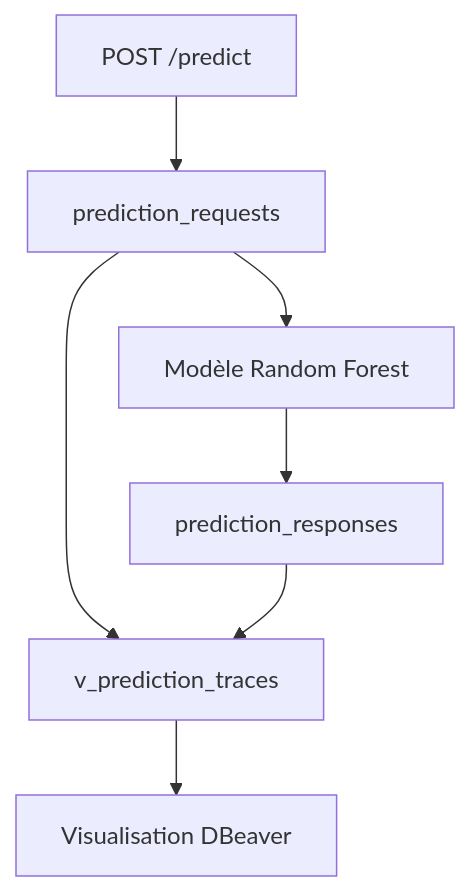
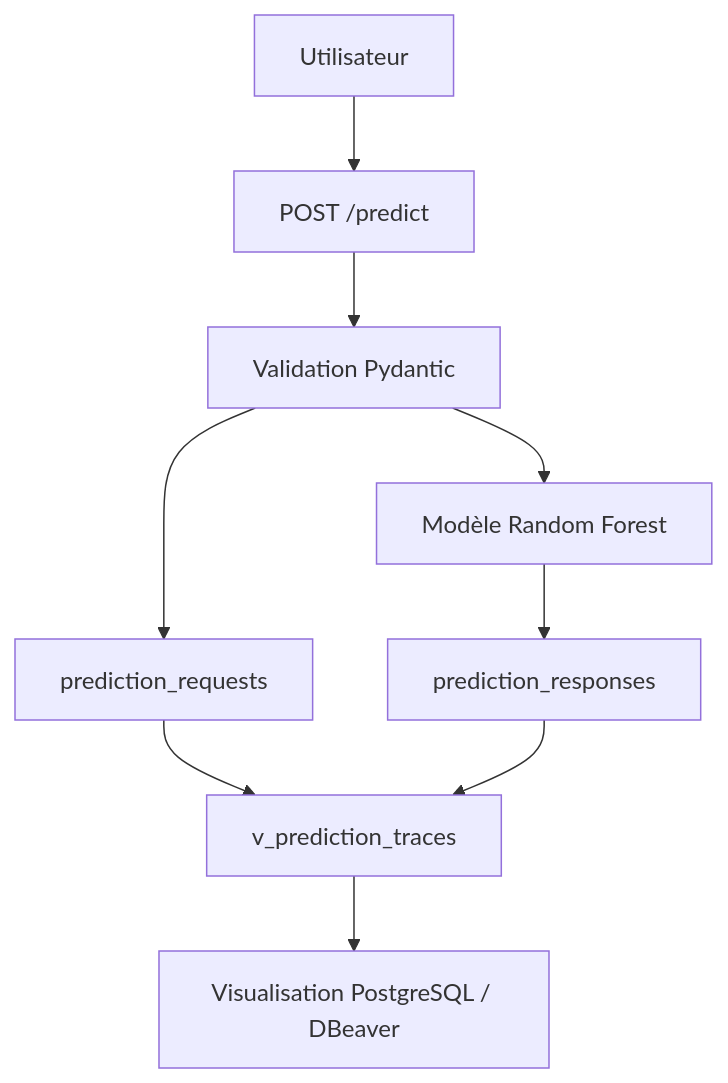
Before and after one commit to VincentDesmouceaux/P5_deployez_un_modele_de_machine_learning: the diagram in README.md, drawn with Mermaid. The commit also changed other lines of this file, not shown here.

````diff
--- a/README.md
+++ b/README.md
@@ -269,9 +120,11 @@
 ```mermaid
 flowchart TD
-    A[POST /predict] --> B[prediction_requests]
-    B --> C[Modèle Random Forest]
-    C --> D[prediction_responses]
-    B --> E[v_prediction_traces]
-    D --> E
-    E --> F[Visualisation DBeaver]
+    A[Utilisateur] --> B[POST /predict]
+    B --> C[Validation Pydantic]
+    C --> D[prediction_requests]
+    C --> E[Modèle Random Forest]
+    E --> F[prediction_responses]
+    D --> G[v_prediction_traces]
+    F --> G
+    G --> H[Visualisation PostgreSQL / DBeaver]
 ```
````
